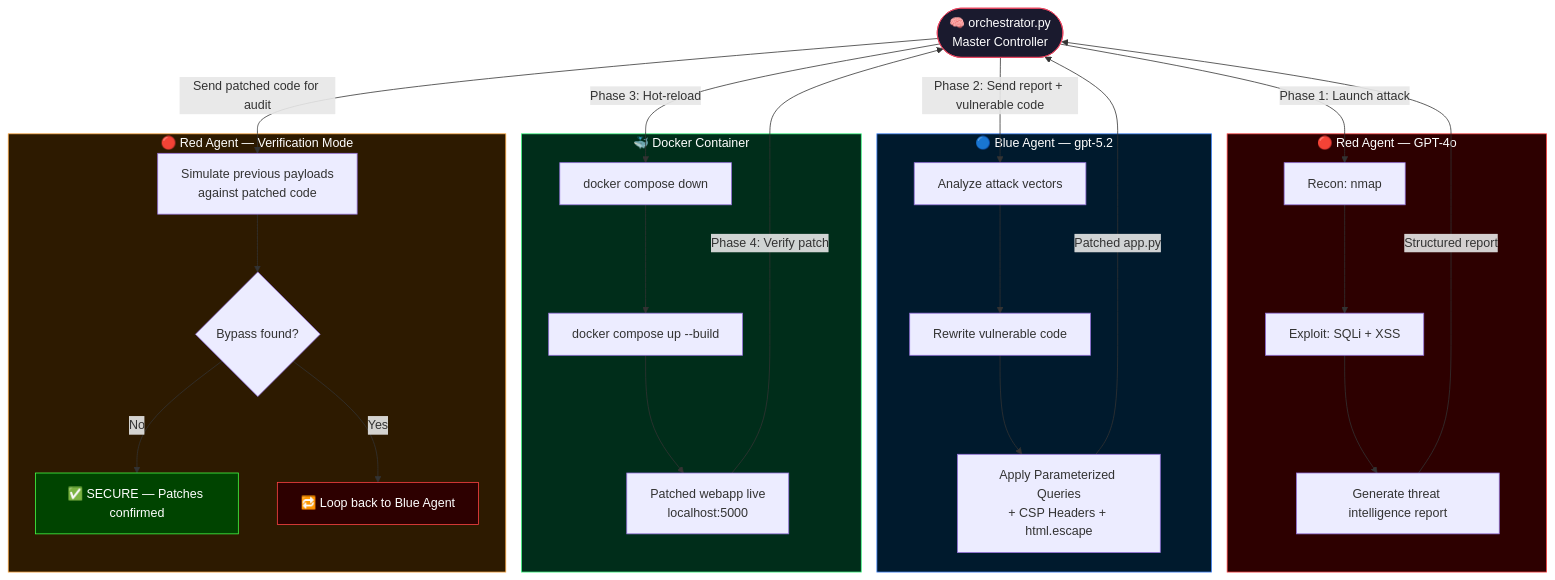
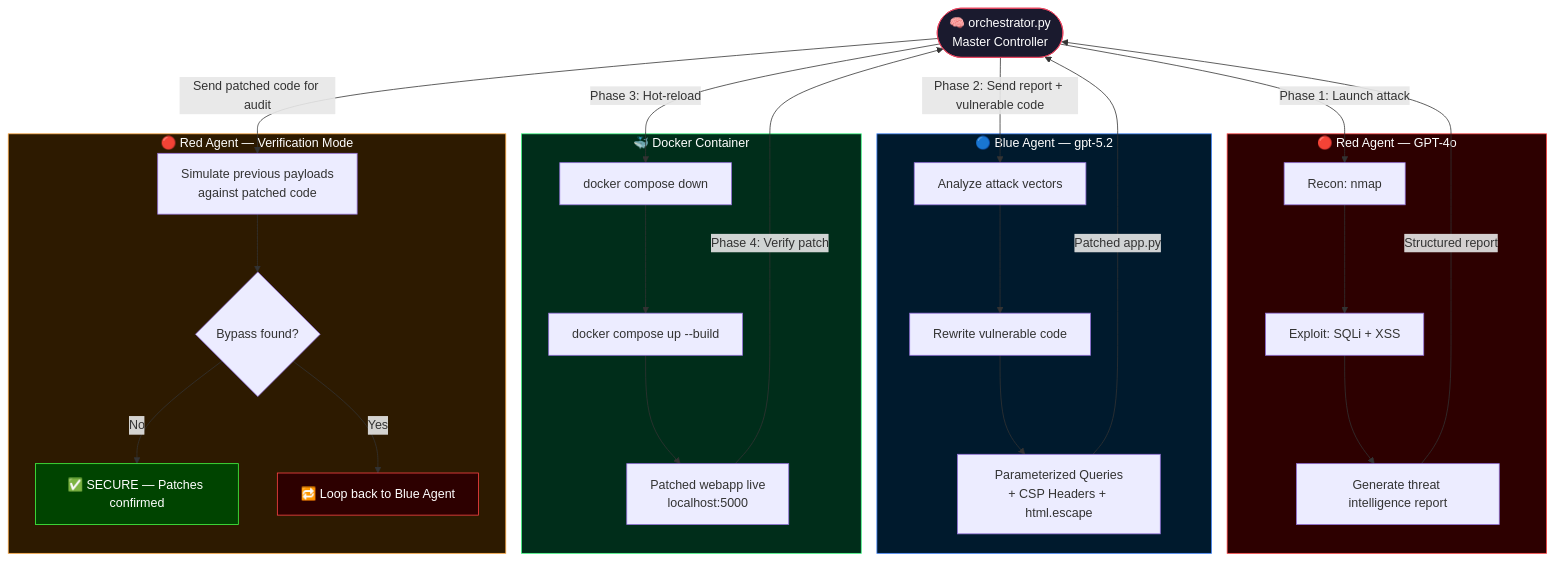
One commit to AbdaullahAG/autonomous-ai-red-blue-lab changed the diagram in README.md. Above: the diagram before and after it, drawn with Mermaid. The commit also changed other lines of this file, not shown here.

````diff
--- a/README.md
+++ b/README.md
@@ -52,48 +50,48 @@
 ```mermaid
 flowchart TD
     O([🧠 orchestrator.py\nMaster Controller])
 
     O -->|Phase 1: Launch attack| R
 
     subgraph RED ["🔴 Red Agent — GPT-4o"]
         R[Recon: nmap] --> R2[Exploit: SQLi + XSS]
         R2 --> R3[Generate threat intelligence report]
     end
 
     R3 -->|Structured report| O
 
     O -->|Phase 2: Send report + vulnerable code| B
 
     subgraph BLUE ["🔵 Blue Agent — gpt-5.2"]
         B[Analyze attack vectors] --> B2[Rewrite vulnerable code]
-        B2 --> B3[Apply Parameterized Queries\n+ CSP Headers + html.escape]
+        B2 --> B3[Parameterized Queries\n+ CSP Headers + html.escape]
     end
 
     B3 -->|Patched app.py| O
 
     O -->|Phase 3: Hot-reload| D
 
     subgraph DOCKER ["🐳 Docker Container"]
         D[docker compose down] --> D2[docker compose up --build]
         D2 --> D3[Patched webapp live\nlocalhost:5000]
     end
 
     D3 -->|Phase 4: Verify patch| O
 
     O -->|Send patched code for audit| R4
 
     subgraph VERIFY ["🔴 Red Agent — Verification Mode"]
         R4[Simulate previous payloads\nagainst patched code]
         R4 --> R5{Bypass found?}
         R5 -->|No| SEC[✅ SECURE — Patches confirmed]
         R5 -->|Yes| LOOP[🔁 Loop back to Blue Agent]
     end
 
     style O fill:#1a1a2e,color:#fff,stroke:#e94560
     style RED fill:#2d0000,color:#fff,stroke:#ff4444
     style BLUE fill:#001a2d,color:#fff,stroke:#4488ff
     style DOCKER fill:#002d1a,color:#fff,stroke:#44ff88
     style VERIFY fill:#2d1a00,color:#fff,stroke:#ffaa44
     style SEC fill:#004400,color:#fff,stroke:#44ff44
     style LOOP fill:#2d0000,color:#fff,stroke:#ff4444
 ```
````
